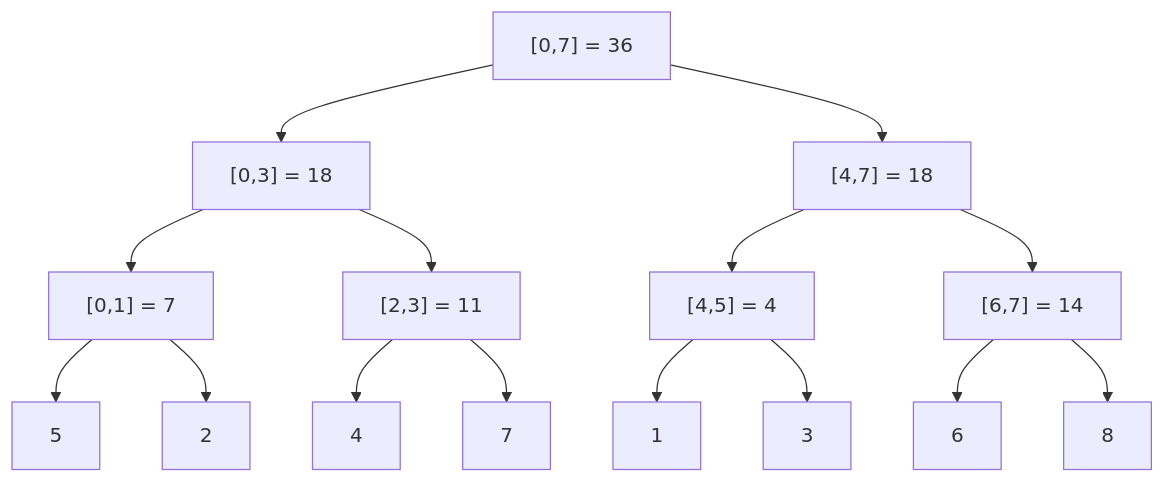
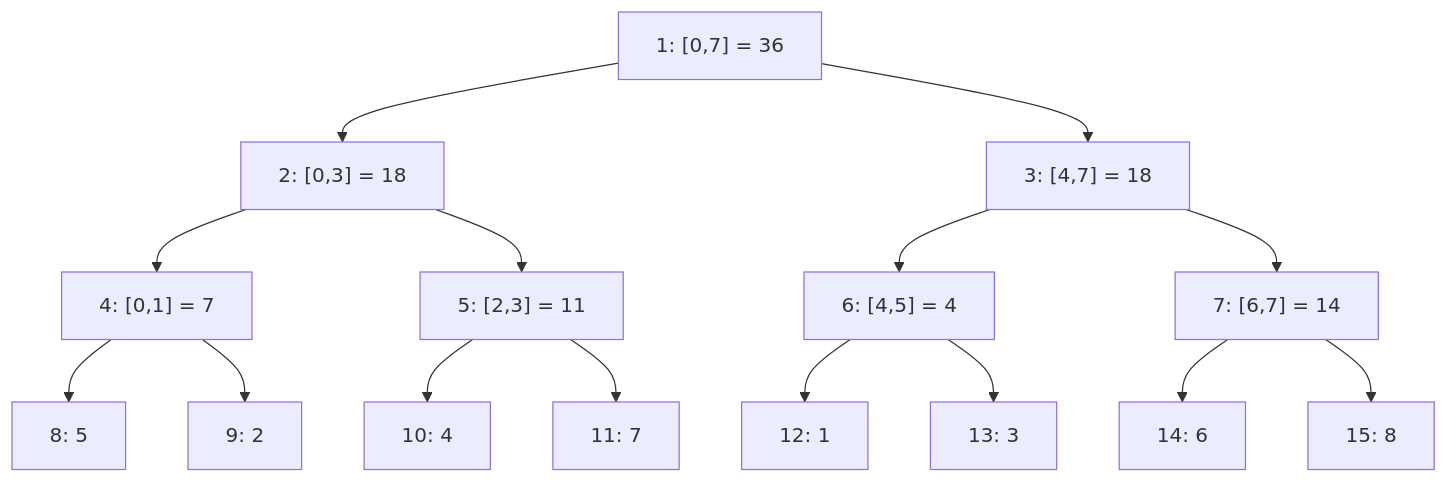
One commit to thull32/ascend changed the diagram in content/tracks/04-advanced-data-structures/02-range-queries/01-segment-trees.md. Above: the diagram before and after it, drawn with Mermaid. The commit also changed other lines of this file and 41 other files, not shown here.

````diff
--- a/content/tracks/04-advanced-data-structures/02-range-queries/01-segment-trees.md
+++ b/content/tracks/04-advanced-data-structures/02-range-queries/01-segment-trees.md
@@ -30,13 +30,13 @@
 ```mermaid
 flowchart TD
-    R["[0,7] = 36"] --> A["[0,3] = 18"]
-    R --> B["[4,7] = 18"]
-    A --> C["[0,1] = 7"]
-    A --> D["[2,3] = 11"]
-    B --> E["[4,5] = 4"]
-    B --> F["[6,7] = 14"]
-    C --> L0["5"] & L1["2"]
-    D --> L2["4"] & L3["7"]
-    E --> L4["1"] & L5["3"]
-    F --> L6["6"] & L7["8"]
+    R["1: [0,7] = 36"] --> A["2: [0,3] = 18"]
+    R --> B["3: [4,7] = 18"]
+    A --> C["4: [0,1] = 7"]
+    A --> D["5: [2,3] = 11"]
+    B --> E["6: [4,5] = 4"]
+    B --> F["7: [6,7] = 14"]
+    C --> L0["8: 5"] & L1["9: 2"]
+    D --> L2["10: 4"] & L3["11: 7"]
+    E --> L4["12: 1"] & L5["13: 3"]
+    F --> L6["14: 6"] & L7["15: 8"]
 ```
````
